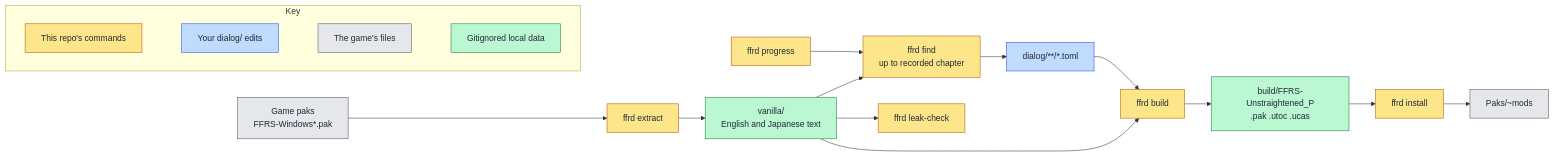
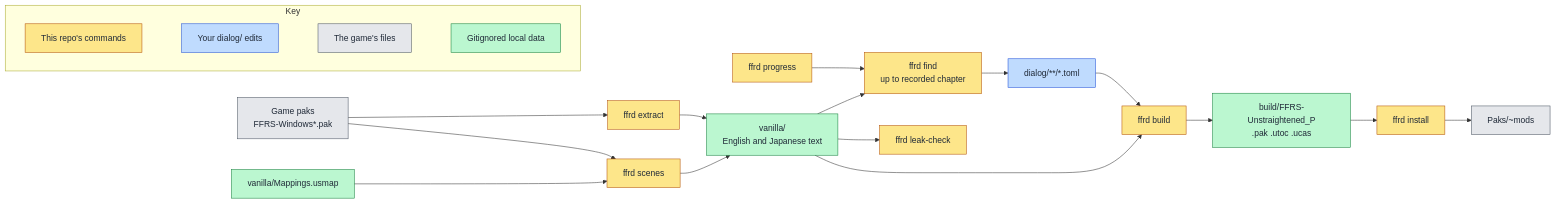
One commit to joshsymonds/ffr-unstraightened changed the diagram in README.md. Above: the diagram before and after it, drawn with Mermaid. The commit also changed other lines of this file and 2 other files, not shown here.

First line of the commit message:
Document ffrd scenes and ignore the extractor's build outputs

````diff
--- a/README.md
+++ b/README.md
@@ -27,31 +27,35 @@
 ```mermaid
 flowchart LR
     paks["Game paks<br/>FFRS-Windows*.pak"]:::game
     extract["ffrd extract"]:::repo
     progress["ffrd progress"]:::repo
     vanilla["vanilla/<br/>English and Japanese text"]:::local
     find["ffrd find<br/>up to recorded chapter"]:::repo
     edits["dialog/**/*.toml"]:::mine
     build["ffrd build"]:::repo
     out["build/FFRS-Unstraightened_P<br/>.pak .utoc .ucas"]:::local
     install["ffrd install"]:::repo
     mods["Paks/~mods"]:::game
     leak["ffrd leak-check"]:::repo
+    scenes["ffrd scenes"]:::repo
+    mappings["vanilla/Mappings.usmap"]:::local
 
     paks --> extract --> vanilla
+    paks --> scenes --> vanilla
+    mappings --> scenes
     progress --> find
     vanilla --> find --> edits
     edits --> build
     vanilla --> build --> out --> install --> mods
     vanilla --> leak
 
     subgraph key["Key"]
         direction LR
         k1["This repo's commands"]:::repo ~~~ k2["Your dialog/ edits"]:::mine ~~~ k3["The game's files"]:::game ~~~ k4["Gitignored local data"]:::local
     end
 
     classDef repo fill:#fde68a,stroke:#b45309,color:#1f2937
     classDef mine fill:#bfdbfe,stroke:#1d4ed8,color:#1f2937
     classDef game fill:#e5e7eb,stroke:#4b5563,color:#1f2937
     classDef local fill:#bbf7d0,stroke:#15803d,color:#1f2937
 ```
````
